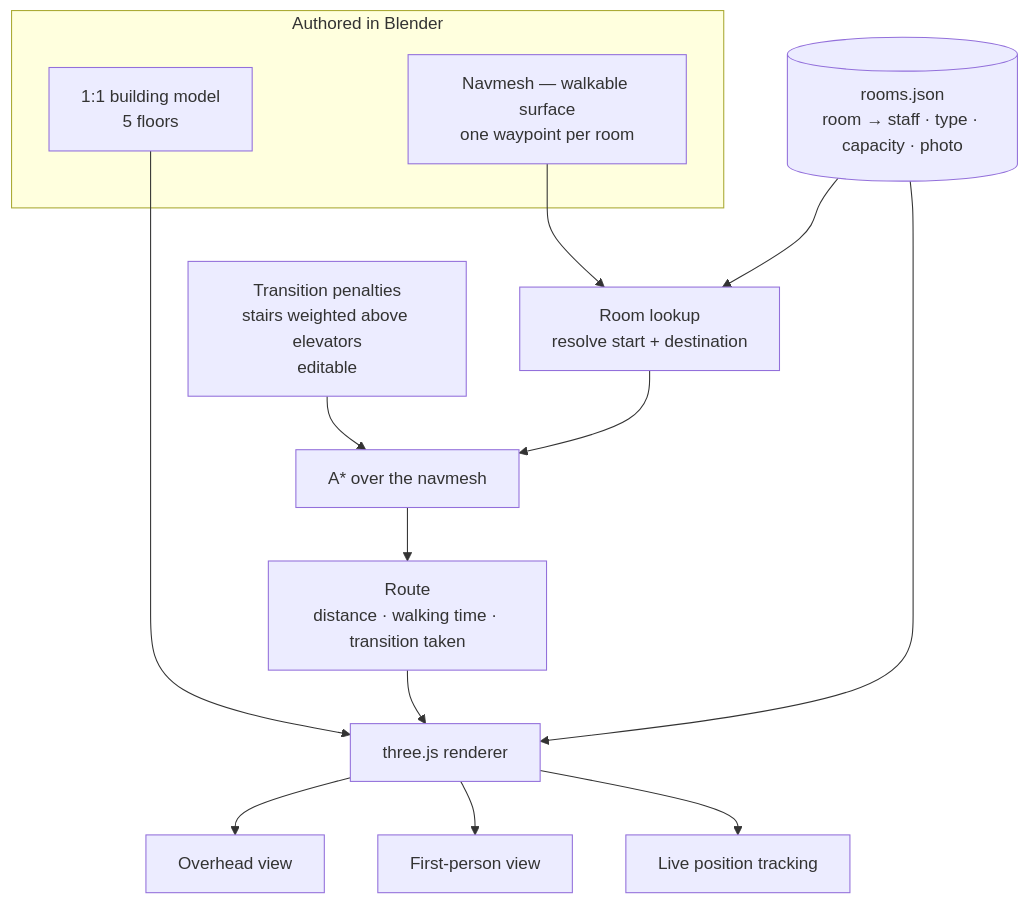
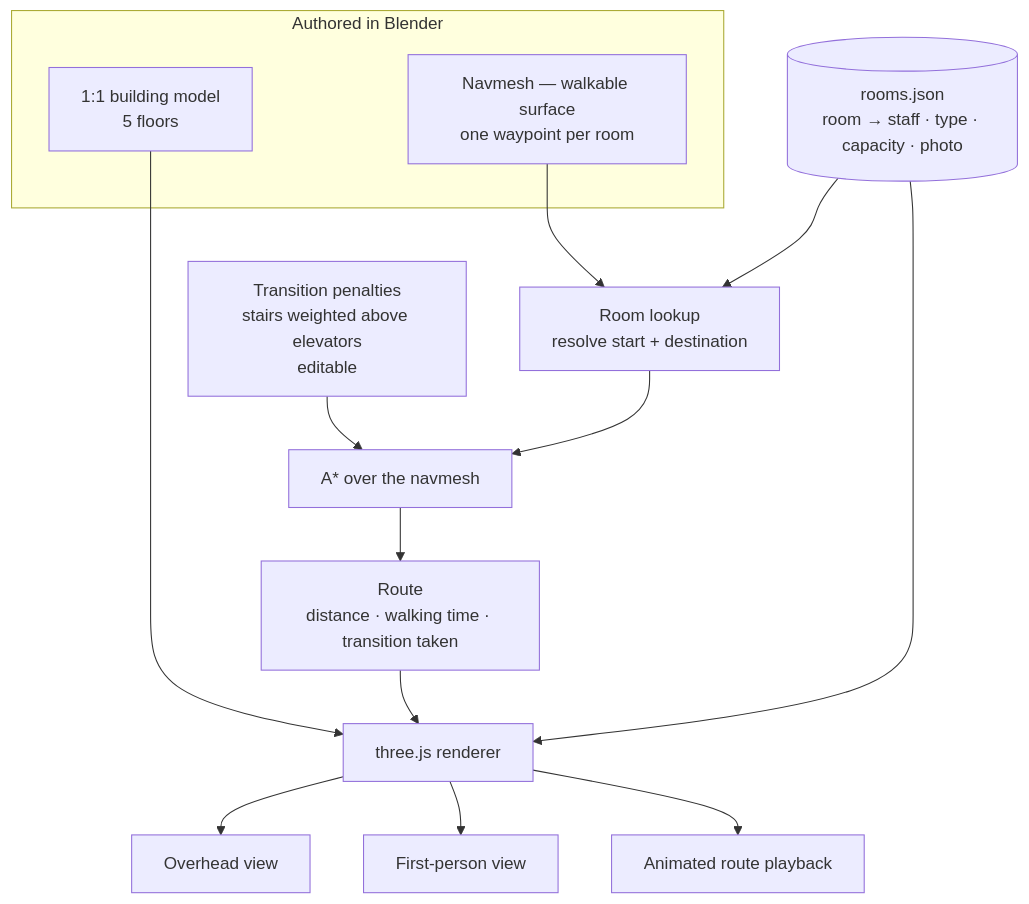
One commit to zanyarrrrrr/tiu-campus-navigation changed the diagram in README.md. Above: the diagram before and after it, drawn with Mermaid. The commit also changed other lines of this file, not shown here.

````diff
--- a/README.md
+++ b/README.md
@@ -107,24 +109,24 @@
 ```mermaid
 flowchart TB
     subgraph BLENDER["Authored in Blender"]
         MODEL["1:1 building model<br/>5 floors"]
         NAV["Navmesh — walkable surface<br/>one waypoint per room"]
     end
 
     JSON[("rooms.json<br/>room → staff · type · capacity · photo")]
 
     JSON --> LOOKUP["Room lookup<br/>resolve start + destination"]
     NAV --> LOOKUP
     LOOKUP --> ASTAR["A* over the navmesh"]
     PEN["Transition penalties<br/>stairs weighted above elevators<br/>editable"] --> ASTAR
 
     ASTAR --> PATH["Route<br/>distance · walking time · transition taken"]
 
     MODEL --> R3["three.js renderer"]
     JSON --> R3
     PATH --> R3
 
     R3 --> TOP["Overhead view"]
     R3 --> FP["First-person view"]
-    R3 --> LIVE["Live position tracking"]
+    R3 --> LIVE["Animated route playback"]
 ```
````
